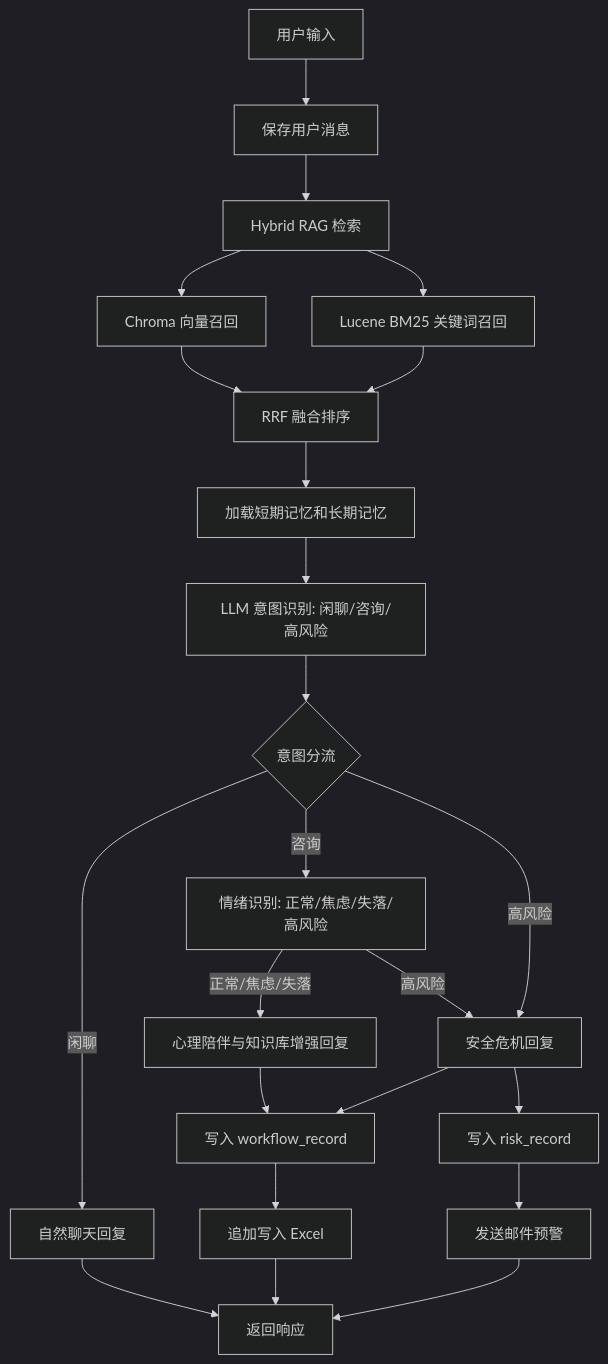
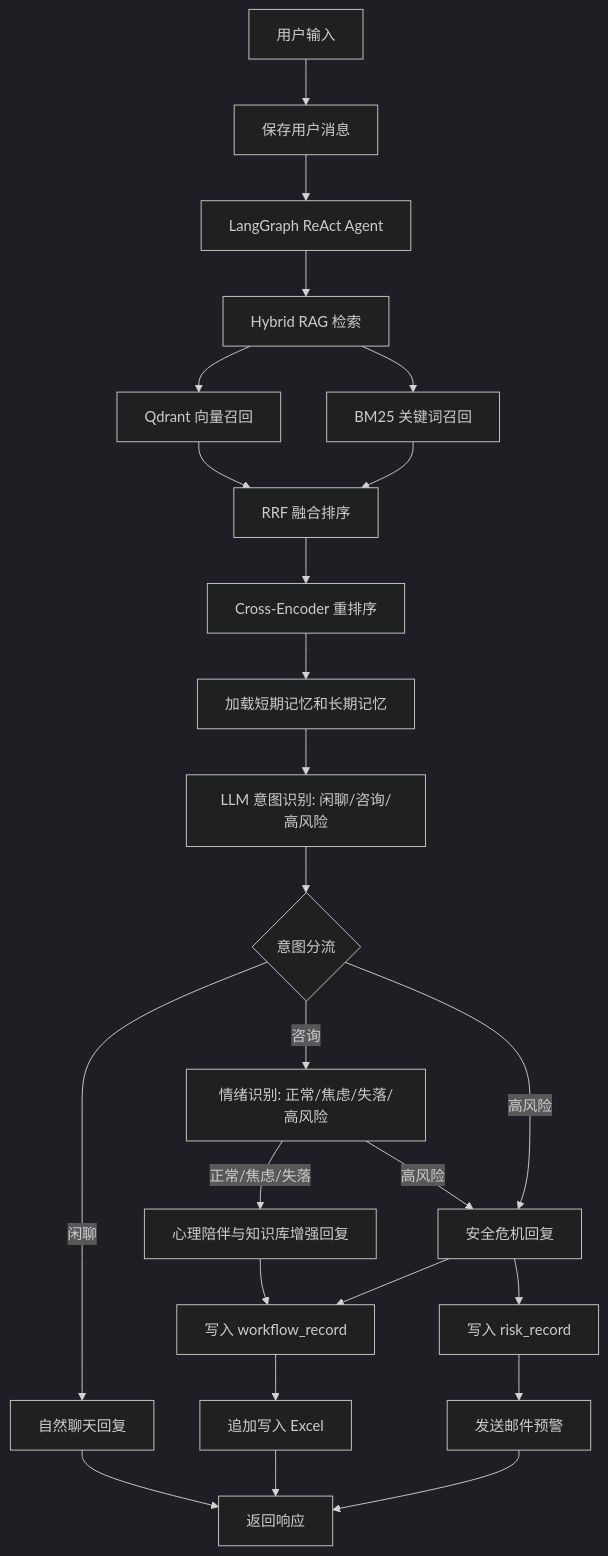
One commit to 60Anli/mental-companion-assistant changed the diagram in README.md. Above: the diagram before and after it, drawn with Mermaid (dark theme). The commit also changed other lines of this file and 20 other files, not shown here.

Commit message:
Add Python LangGraph RAG backend

````diff
--- a/README.md
+++ b/README.md
@@ -29,25 +29,27 @@
 ```mermaid
 flowchart TD
     A[用户输入] --> B[保存用户消息]
-    B --> C[Hybrid RAG 检索]
-    C --> C1[Chroma 向量召回]
-    C --> C2[Lucene BM25 关键词召回]
+    B --> R[LangGraph ReAct Agent]
+    R --> C[Hybrid RAG 检索]
+    C --> C1[Qdrant 向量召回]
+    C --> C2[BM25 关键词召回]
     C1 --> C3[RRF 融合排序]
     C2 --> C3
-    C3 --> D[加载短期记忆和长期记忆]
+    C3 --> C4[Cross-Encoder 重排序]
+    C4 --> D[加载短期记忆和长期记忆]
     D --> E[LLM 意图识别: 闲聊/咨询/高风险]
     E --> F{意图分流}
     F -->|闲聊| G[自然聊天回复]
     F -->|咨询| H[情绪识别: 正常/焦虑/失落/高风险]
     H -->|正常/焦虑/失落| I[心理陪伴与知识库增强回复]
     H -->|高风险| J[安全危机回复]
     F -->|高风险| J
     I --> K[写入 workflow_record]
     J --> K
     K --> L[追加写入 Excel]
     J --> M[写入 risk_record]
     M --> N[发送邮件预警]
     G --> O[返回响应]
     L --> O
     N --> O
 ```
````
